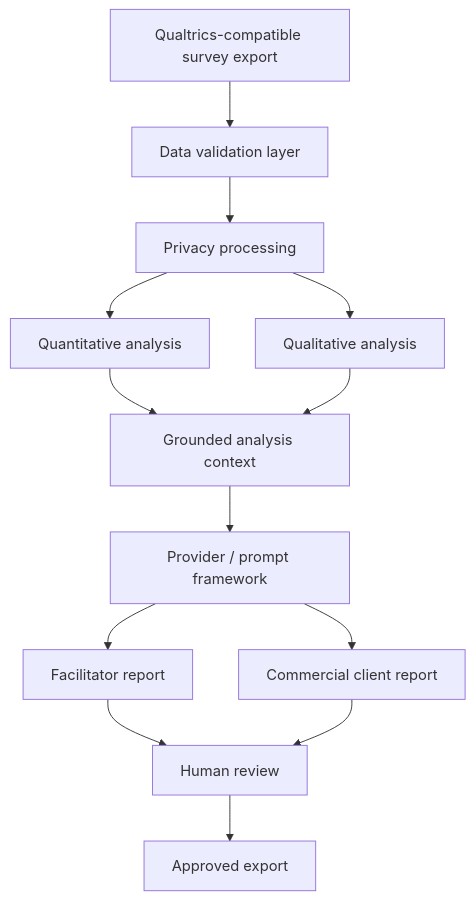
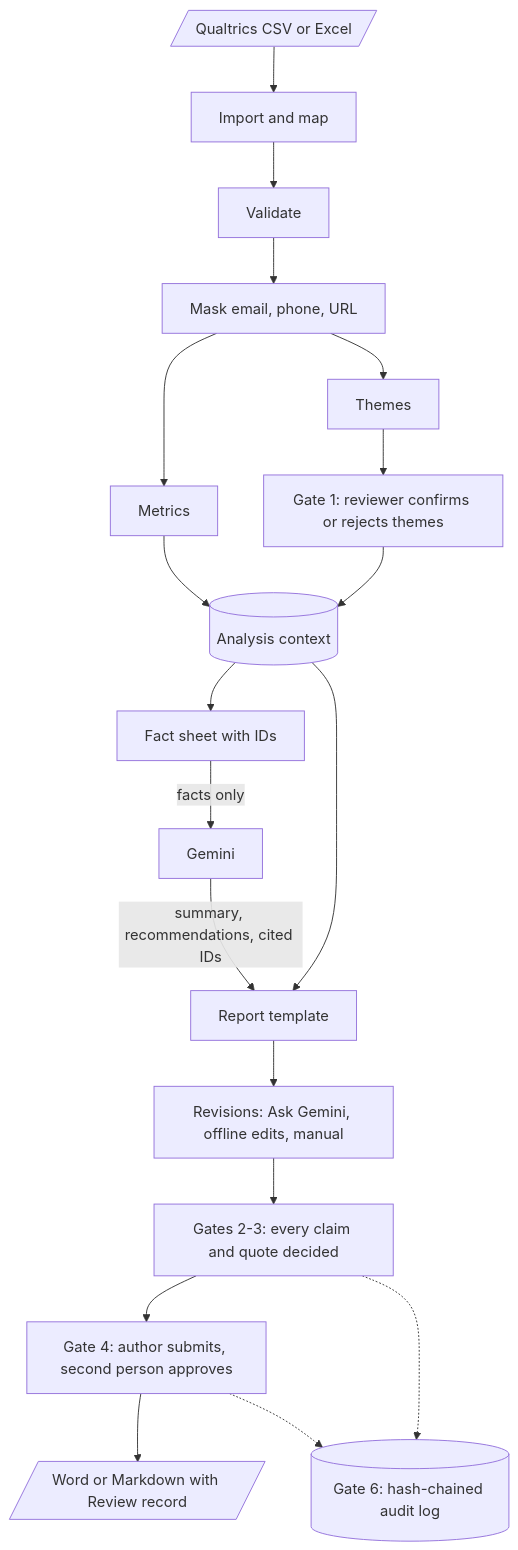
Before and after one commit to heet579/learning-futures-insight-hub: the first of 2 diagrams in ai-learning-evaluation/docs/architecture.md, drawn with Mermaid. The commit also changed other lines of this file and 98 other files, not shown here.

````diff
--- a/ai-learning-evaluation/docs/architecture.md
+++ b/ai-learning-evaluation/docs/architecture.md
@@ -5,15 +7,21 @@
 ```mermaid
 flowchart TD
-  Q[Qualtrics-compatible survey export] --> V[Data validation layer]
-  V --> P[Privacy processing]
-  P --> QT[Quantitative analysis]
-  P --> QL[Qualitative analysis]
-  QT --> C[Grounded analysis context]
-  QL --> C
-  C --> A[Provider / prompt framework]
-  A --> F[Facilitator report]
-  A --> R[Commercial client report]
-  F --> H[Human review]
-  R --> H
-  H --> O[Approved export]
+  F[/Qualtrics CSV or Excel/] --> L[Import and map]
+  L --> V[Validate]
+  V --> M[Mask email, phone, URL]
+  M --> Q[Metrics]
+  M --> T[Themes]
+  Q --> C[(Analysis context)]
+  T --> G1[Gate 1: reviewer confirms or rejects themes]
+  G1 --> C
+  C --> FS[Fact sheet with IDs]
+  FS -->|facts only| AI[Gemini]
+  AI -->|summary, recommendations, cited IDs| D[Report template]
+  C --> D
+  D --> R[Revisions: Ask Gemini, offline edits, manual]
+  R --> G2[Gates 2-3: every claim and quote decided]
+  G2 --> G4[Gate 4: author submits, second person approves]
+  G4 --> X[/Word or Markdown with Review record/]
+  G2 -.-> A[(Gate 6: hash-chained audit log)]
+  G4 -.-> A
 ```
````
